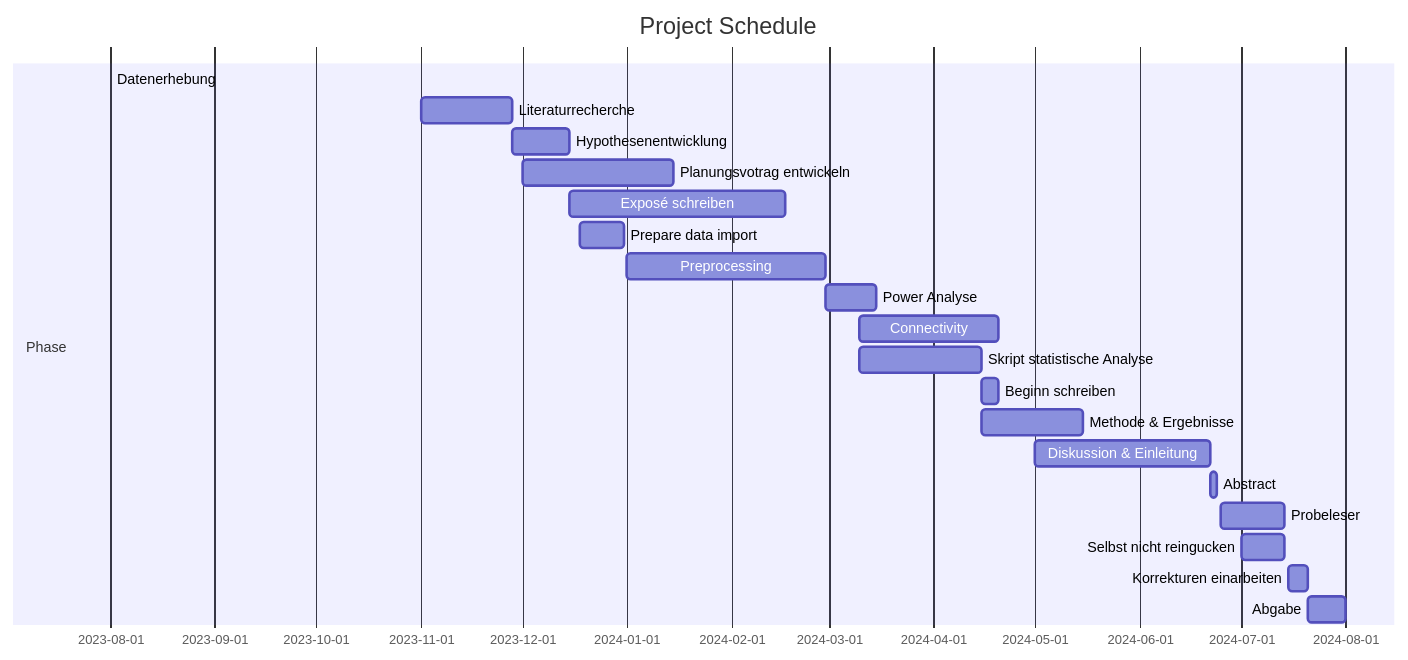
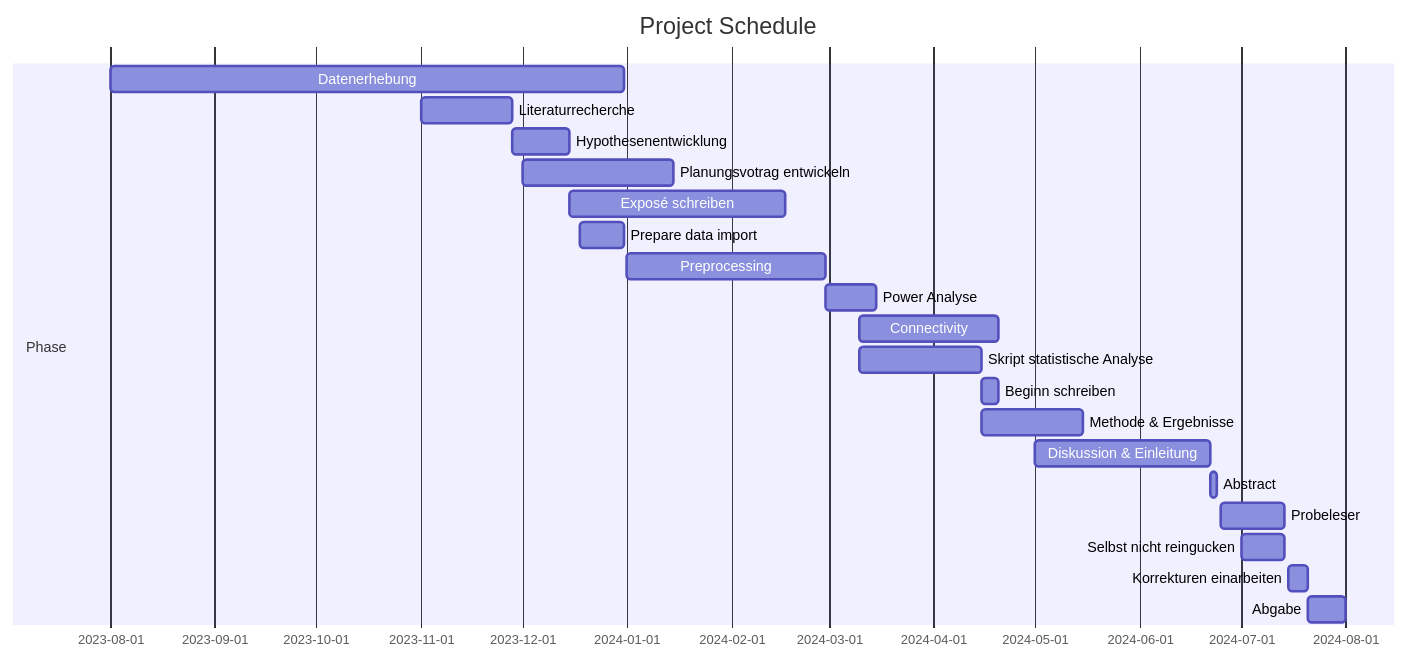
Before and after one commit to JankaMarlene/masters_thesis: the diagram in README.md, drawn with Mermaid.

````diff
--- a/README.md
+++ b/README.md
@@ -4,25 +4,25 @@
 ```mermaid
 gantt
     title Project Schedule
     dateFormat YYYY-MM-DD
 
     section Phase
-    Datenerhebung              : 2023-08-01, 2023-12.31
+    Datenerhebung              : 2023-08-01, 2023-12-31
     Literaturrecherche         : 2023-11-01, 2023-11-28
     Hypothesenentwicklung      : 2023-11-28, 2023-12-15
     Planungsvotrag entwickeln : 2023-12-01, 2024-01-15
     Exposé schreiben           :2023-12-15, 2024-02-17
     Prepare data import        : 2023-12-18, 2023-12-31
     Preprocessing              : 2024-01-01, 2024-02-29
     Power Analyse              : 2024-02-29, 2024-03-15
     Connectivity               : 2024-03-10, 2024-04-20
     Skript statistische Analyse : 2024-03-10, 2024-04-15
     Beginn schreiben           : 2024-04-15, 2024-04-20
     Methode & Ergebnisse       : 2024-04-15, 2024-05-15
     Diskussion & Einleitung    : 2024-05-01, 2024-06-22
     Abstract                   : 2024-06-22, 2024-06-24
     Probeleser                 : 2024-06-25, 2024-07-14
     Selbst nicht reingucken    : 2024-07-01, 2024-07-14
     Korrekturen einarbeiten    : 2024-07-15, 2024-07-21
     Abgabe                     : 2024-07-21, 2024-08-01
 ```
````
